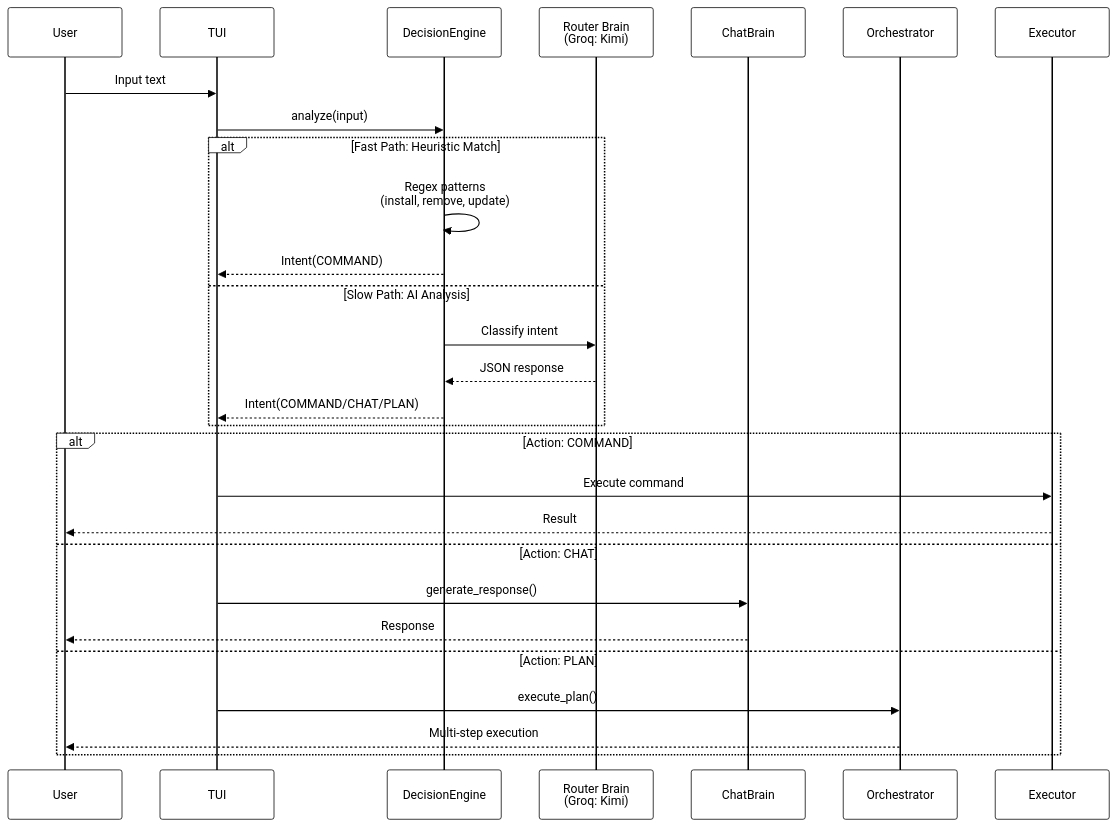
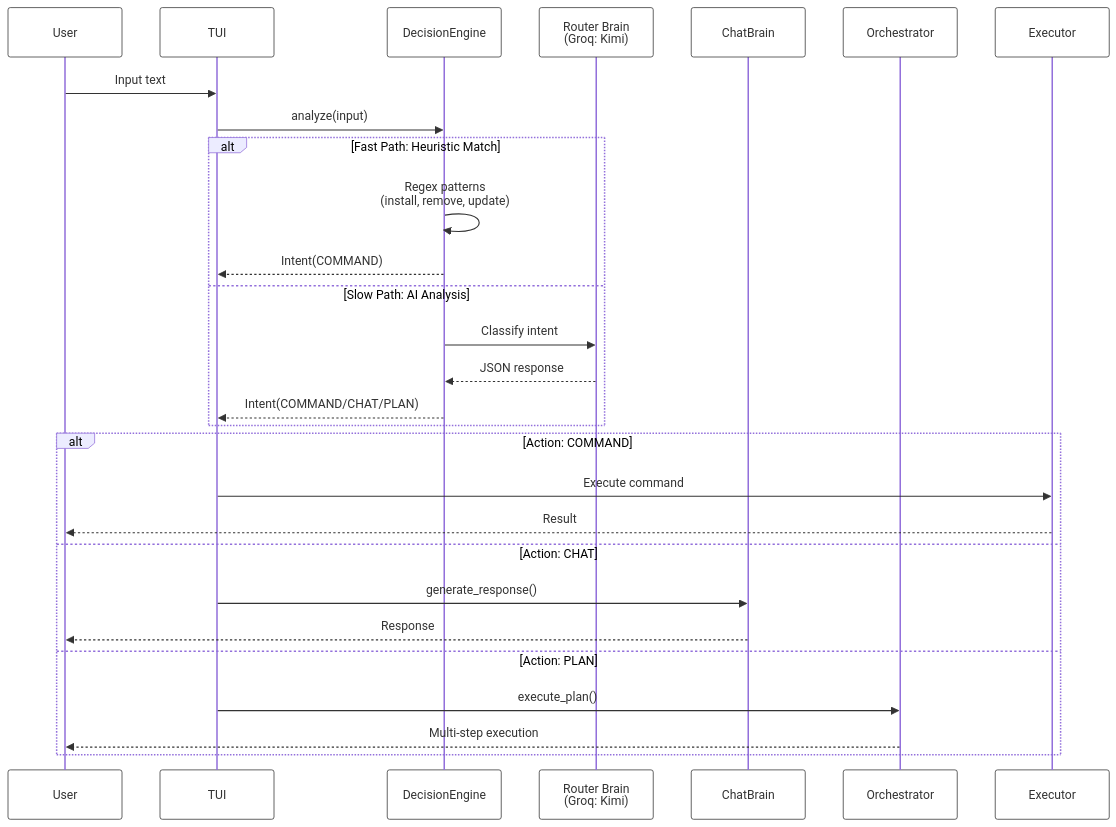
Before and after one commit to Garvit1000/nexus: the third of 6 diagrams in README.md, drawn with Mermaid. The commit also changed other lines of this file, not shown here.

Commit message:
fix: adapt mermaid diagrams for dark mode visibility

````diff
--- a/README.md
+++ b/README.md
@@ -127,34 +127,34 @@
 ```mermaid
-%%{init: {"theme": "base", "themeVariables": {"fontFamily": "monospace", "lineColor": "#000", "actorBkg": "#fff", "actorBorder": "#000", "actorTextColor": "#000", "signalColor": "#000", "signalTextColor": "#000", "noteBkg": "#ffe600", "noteBorderColor": "#000", "noteTextColor": "#000", "activationBorderColor": "#000", "activationBkgColor": "#ff4949"}}}%%
+%%{init: {"themeVariables": {"fontFamily": "monospace", "actorBkg": "#fff", "actorBorder": "#333", "actorTextColor": "#333", "noteBkg": "#ffe600", "noteBorderColor": "#333", "noteTextColor": "#333", "activationBorderColor": "#333", "activationBkgColor": "#ff4949"}}}%%
 sequenceDiagram
     participant User
     participant TUI
     participant DecisionEngine
     participant Router as Router Brain<br/>(Groq: Kimi)
     participant ChatBrain
     participant Orchestrator
     participant Executor
 
     User->>TUI: Input text
     TUI->>DecisionEngine: analyze(input)
 
     alt Fast Path: Heuristic Match
         DecisionEngine->>DecisionEngine: Regex patterns<br/>(install, remove, update)
         DecisionEngine-->>TUI: Intent(COMMAND)
     else Slow Path: AI Analysis
         DecisionEngine->>Router: Classify intent
         Router-->>DecisionEngine: JSON response
         DecisionEngine-->>TUI: Intent(COMMAND/CHAT/PLAN)
     end
 
     alt Action: COMMAND
         TUI->>Executor: Execute command
         Executor-->>User: Result
     else Action: CHAT
         TUI->>ChatBrain: generate_response()
         ChatBrain-->>User: Response
     else Action: PLAN
         TUI->>Orchestrator: execute_plan()
         Orchestrator-->>User: Multi-step execution
     end
 ```
````
